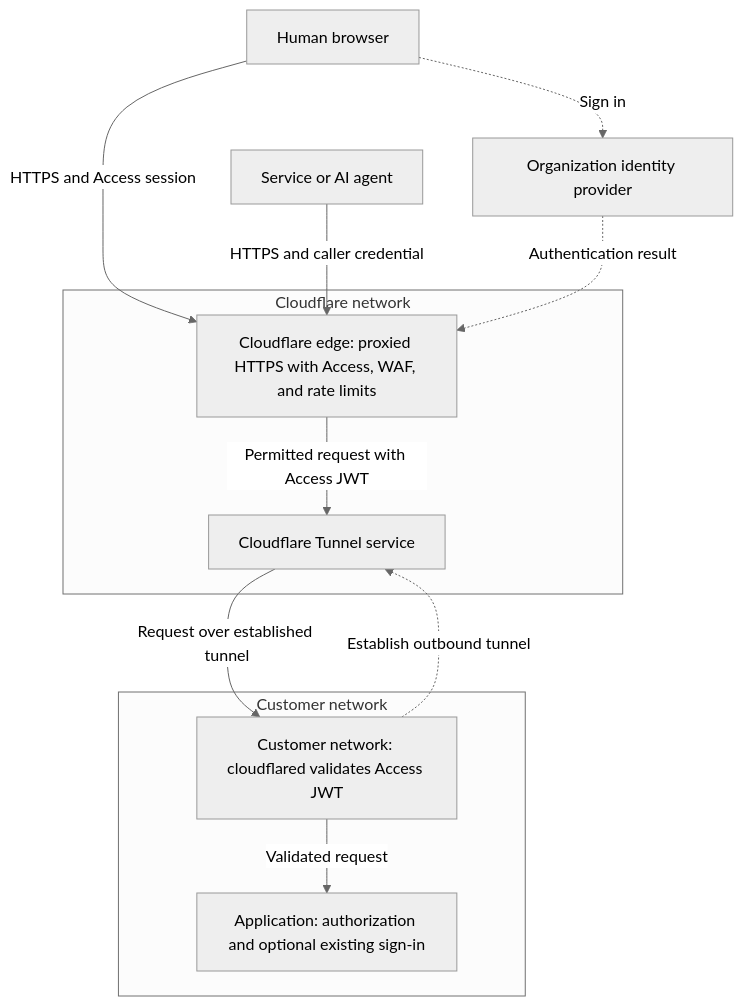
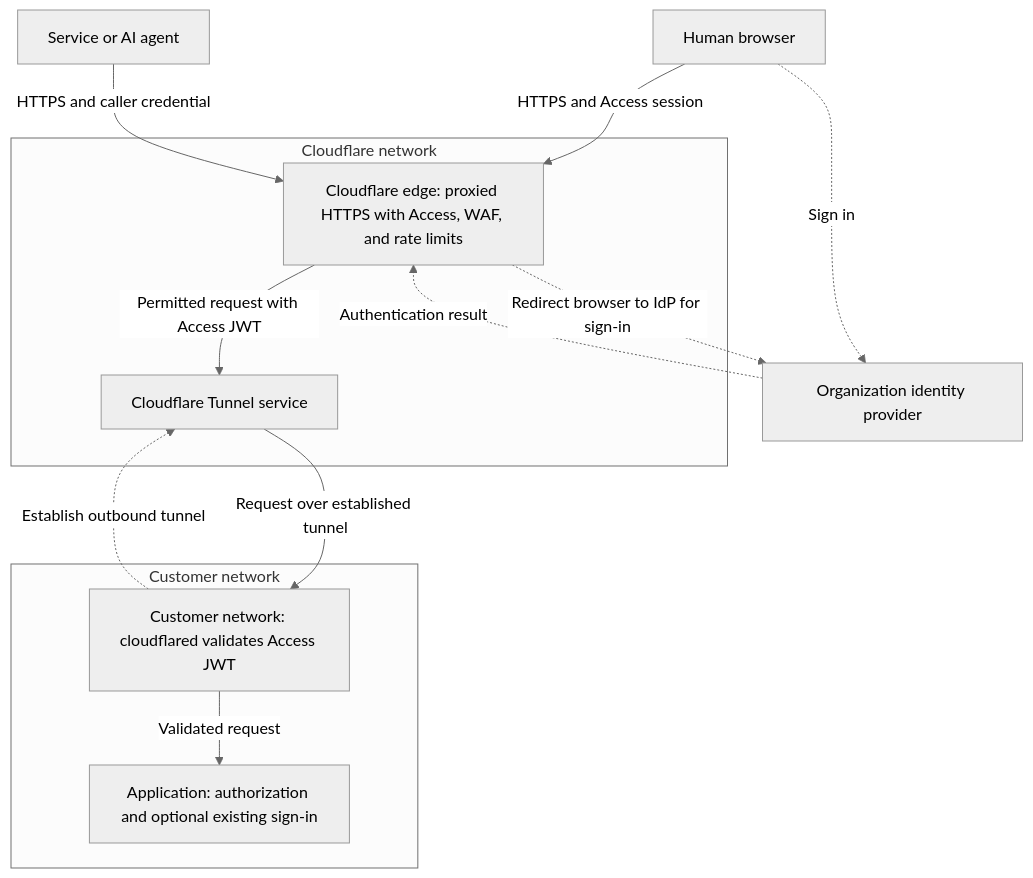
The second of 3 diagrams in src/content/docs/reference-architecture/architectures/identity-gated-edge.mdx (cloudflare/cloudflare-docs), drawn with Mermaid (neutral theme) before and after one commit. The commit also changed other lines of this file and 1 other file, not shown here.

Commit message:
[Reference Architecture] Address identity-gated edge review comments

````diff
--- a/src/content/docs/reference-architecture/architectures/identity-gated-edge.mdx
+++ b/src/content/docs/reference-architecture/architectures/identity-gated-edge.mdx
@@ -72,24 +63,25 @@
 ```mermaid
 flowchart TB
     accTitle: Identity-gated HTTP application connected through Cloudflare Tunnel
     accDescr: Human browsers and machine callers connect to Access and WAF in the Cloudflare network. The identity provider supplies human authentication. In the customer network, cloudflared establishes an outbound tunnel, validates Access JWTs on permitted incoming requests, and forwards validated requests to the application for authorization.
     browser[Human browser]
     machine[Service or AI agent]
     idp[Organization identity provider]
     subgraph edge[Cloudflare network]
         controls[Cloudflare edge: proxied HTTPS with Access, WAF, and rate limits]
         tunnel[Cloudflare Tunnel service]
     end
     subgraph origin[Customer network]
         connector[Customer network: cloudflared validates Access JWT]
         app[Application: authorization and optional existing sign-in]
     end
     browser -->|HTTPS and Access session| controls
     machine -->|HTTPS and caller credential| controls
+    controls -.->|Redirect browser to IdP for sign-in| idp
     browser -.->|Sign in| idp
     idp -.->|Authentication result| controls
     controls -->|Permitted request with Access JWT| tunnel
     connector -.->|Establish outbound tunnel| tunnel
     tunnel -->|Request over established tunnel| connector
     connector -->|Validated request| app
 ```
````
